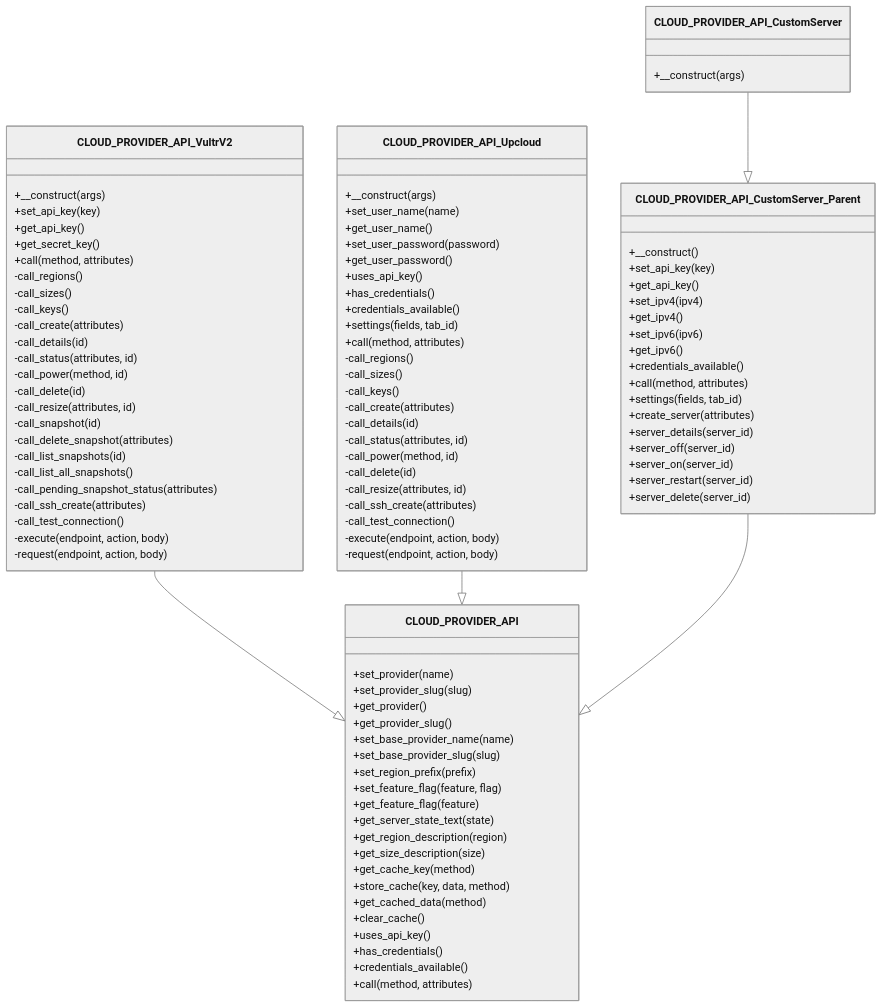
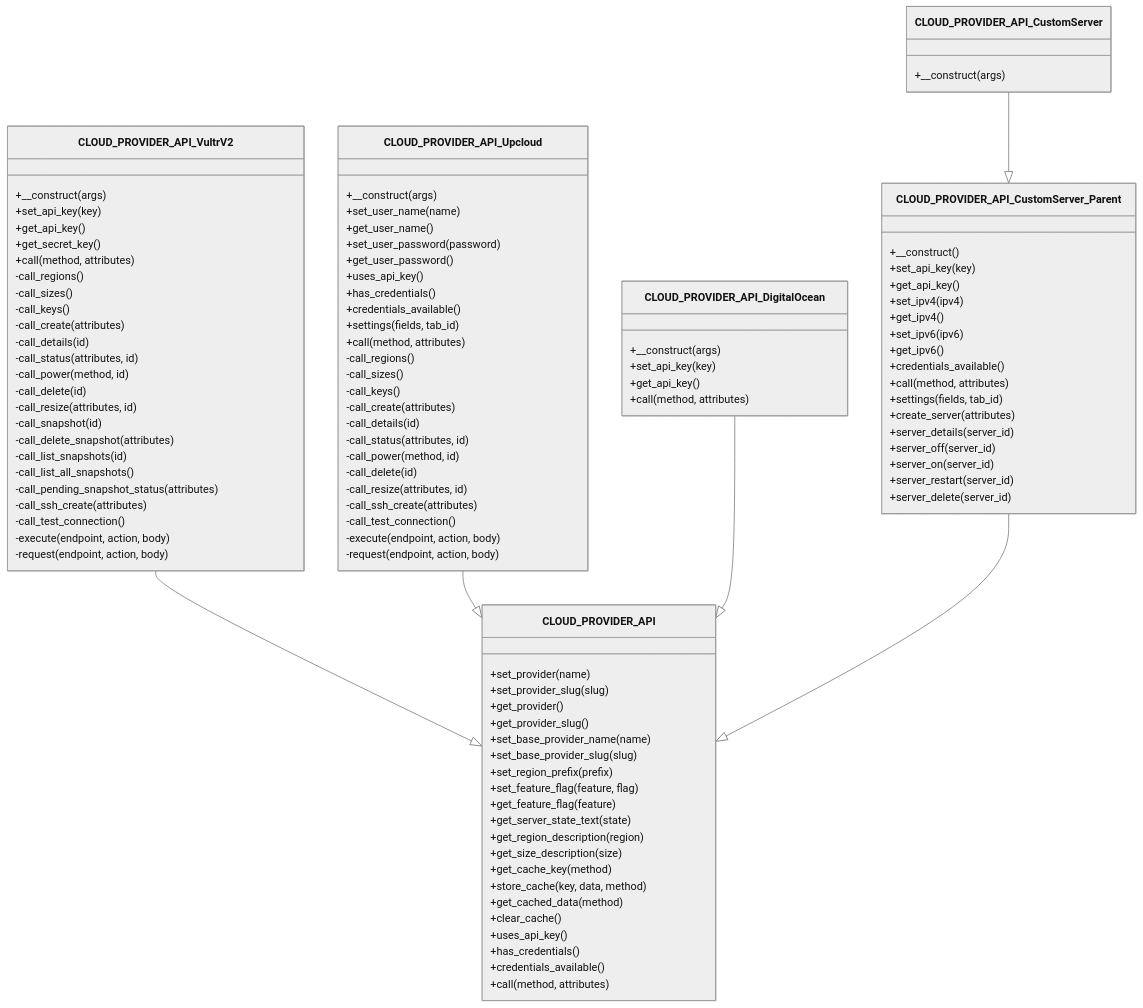
One commit to onedogsolutions/simple-stack changed the second of 7 diagrams in .qoder/repowiki/en/content/Cloud Provider Integration/Cloud Provider Integration.md. Above: the diagram before and after it, drawn with Mermaid (neutral theme). The commit also changed other lines of this file and 181 other files, not shown here.

First line of the commit message:
docs(core): update development guide, cloud provider integration, and settings management docs

````diff
--- a/.qoder/repowiki/en/content/Cloud Provider Integration/Cloud Provider Integration.md
+++ b/.qoder/repowiki/en/content/Cloud Provider Integration/Cloud Provider Integration.md
@@ -160,6 +174,12 @@
 -execute(endpoint, action, body)
 -request(endpoint, action, body)
 }
+class CLOUD_PROVIDER_API_DigitalOcean {
++__construct(args)
++set_api_key(key)
++get_api_key()
++call(method, attributes)
+}
 class CLOUD_PROVIDER_API_CustomServer_Parent {
 +__construct()
 +set_api_key(key)
@@ -183,6 +203,7 @@
 }
 CLOUD_PROVIDER_API_VultrV2 --|> CLOUD_PROVIDER_API
 CLOUD_PROVIDER_API_Upcloud --|> CLOUD_PROVIDER_API
+CLOUD_PROVIDER_API_DigitalOcean --|> CLOUD_PROVIDER_API
 CLOUD_PROVIDER_API_CustomServer_Parent --|> CLOUD_PROVIDER_API
 CLOUD_PROVIDER_API_CustomServer --|> CLOUD_PROVIDER_API_CustomServer_Parent
 ```
````
